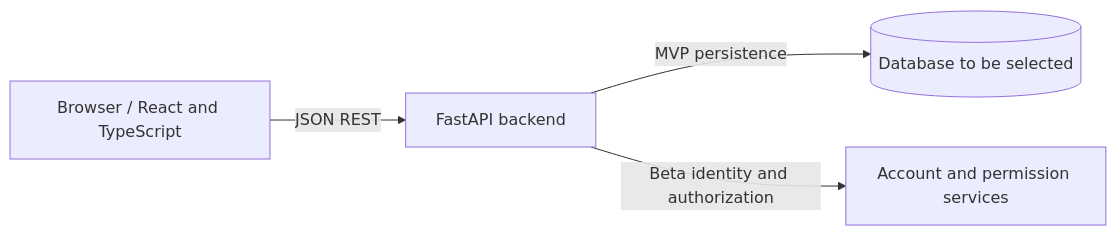
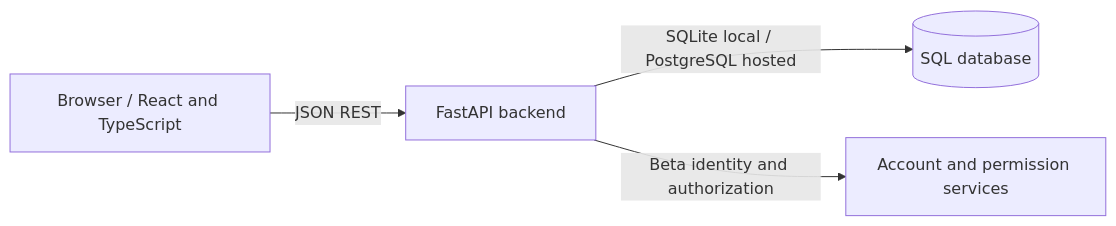
The first of 4 diagrams in docs/02-srs.md (Saker001/2230957-S6-SkillSwap), drawn with Mermaid before and after one commit. The commit also changed other lines of this file and 13 other files, not shown here.

````diff
--- a/docs/02-srs.md
+++ b/docs/02-srs.md
@@ -52,6 +52,6 @@
 ```mermaid
 flowchart LR
     Client[Browser / React and TypeScript] -->|JSON REST| API[FastAPI backend]
-    API -->|MVP persistence| DB[(Database to be selected)]
+    API -->|SQLite local / PostgreSQL hosted| DB[(SQL database)]
     API -->|Beta identity and authorization| Auth[Account and permission services]
 ```
````
